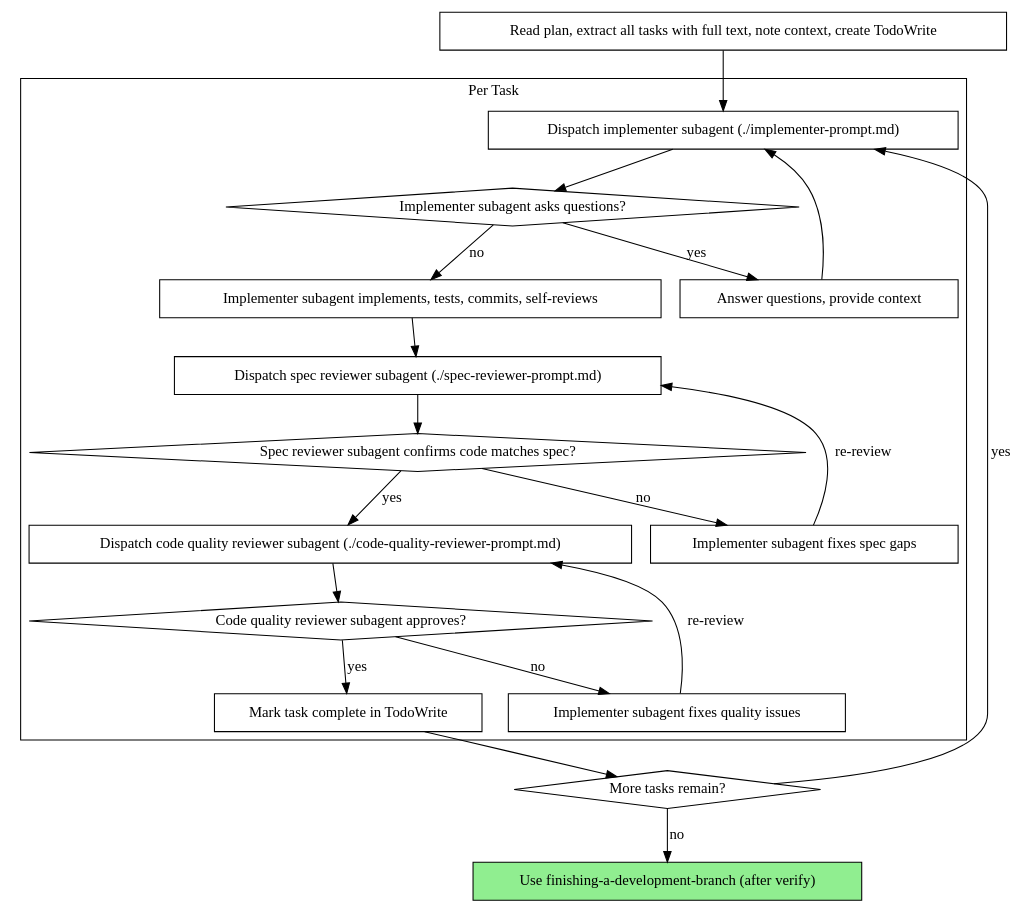
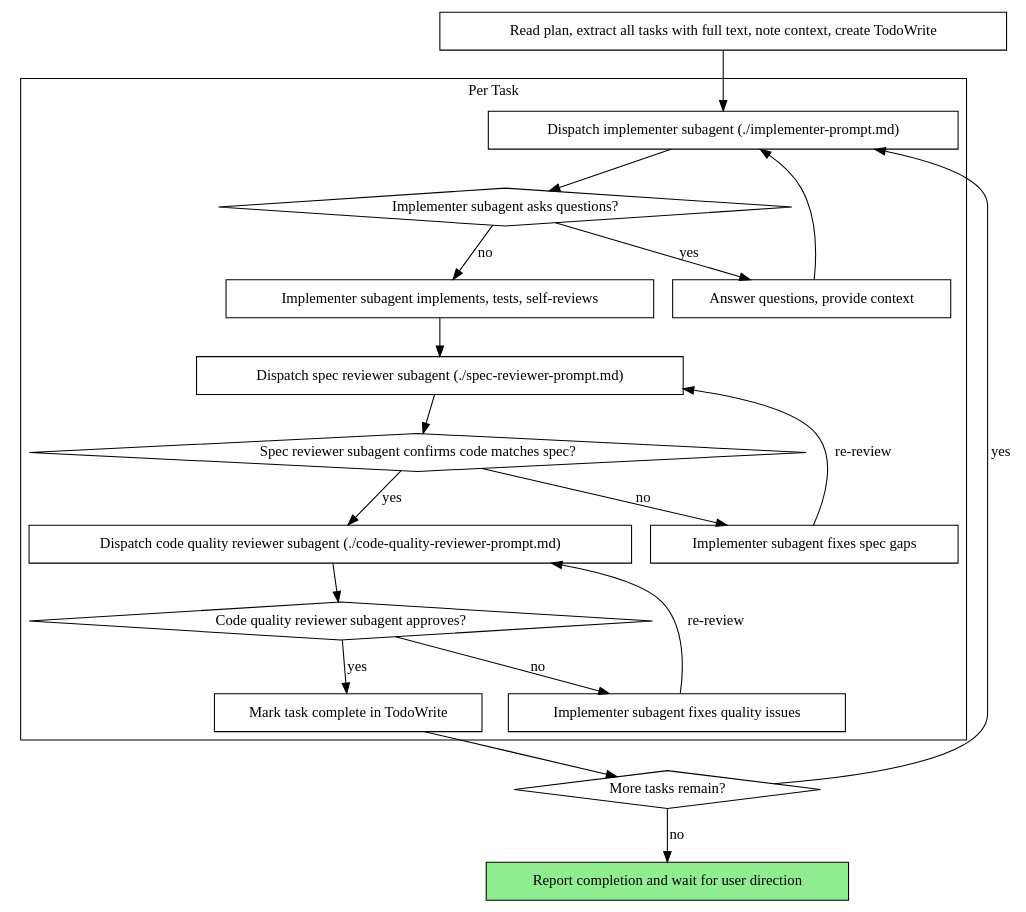
Before and after one commit to MerrillLi/openspec-superpowers: the second of 2 diagrams in skills/subagent-driven-development/SKILL.md, drawn with Graphviz. The commit also changed other lines of this file and 600 other files, not shown here.

````diff
--- a/skills/subagent-driven-development/SKILL.md
+++ b/skills/subagent-driven-development/SKILL.md
@@ -37,42 +37,42 @@
 ```dot
 digraph process {
     rankdir=TB;
 
     subgraph cluster_per_task {
         label="Per Task";
         "Dispatch implementer subagent (./implementer-prompt.md)" [shape=box];
         "Implementer subagent asks questions?" [shape=diamond];
         "Answer questions, provide context" [shape=box];
-        "Implementer subagent implements, tests, commits, self-reviews" [shape=box];
+        "Implementer subagent implements, tests, self-reviews" [shape=box];
         "Dispatch spec reviewer subagent (./spec-reviewer-prompt.md)" [shape=box];
         "Spec reviewer subagent confirms code matches spec?" [shape=diamond];
         "Implementer subagent fixes spec gaps" [shape=box];
         "Dispatch code quality reviewer subagent (./code-quality-reviewer-prompt.md)" [shape=box];
         "Code quality reviewer subagent approves?" [shape=diamond];
         "Implementer subagent fixes quality issues" [shape=box];
         "Mark task complete in TodoWrite" [shape=box];
     }
 
     "Read plan, extract all tasks with full text, note context, create TodoWrite" [shape=box];
     "More tasks remain?" [shape=diamond];
-    "Use finishing-a-development-branch (after verify)" [shape=box style=filled fillcolor=lightgreen];
+    "Report completion and wait for user direction" [shape=box style=filled fillcolor=lightgreen];
 
     "Read plan, extract all tasks with full text, note context, create TodoWrite" -> "Dispatch implementer subagent (./implementer-prompt.md)";
     "Dispatch implementer subagent (./implementer-prompt.md)" -> "Implementer subagent asks questions?";
     "Implementer subagent asks questions?" -> "Answer questions, provide context" [label="yes"];
     "Answer questions, provide context" -> "Dispatch implementer subagent (./implementer-prompt.md)";
-    "Implementer subagent asks questions?" -> "Implementer subagent implements, tests, commits, self-reviews" [label="no"];
-    "Implementer subagent implements, tests, commits, self-reviews" -> "Dispatch spec reviewer subagent (./spec-reviewer-prompt.md)";
+    "Implementer subagent asks questions?" -> "Implementer subagent implements, tests, self-reviews" [label="no"];
+    "Implementer subagent implements, tests, self-reviews" -> "Dispatch spec reviewer subagent (./spec-reviewer-prompt.md)";
     "Dispatch spec reviewer subagent (./spec-reviewer-prompt.md)" -> "Spec reviewer subagent confirms code matches spec?";
     "Spec reviewer subagent confirms code matches spec?" -> "Implementer subagent fixes spec gaps" [label="no"];
     "Implementer subagent fixes spec gaps" -> "Dispatch spec reviewer subagent (./spec-reviewer-prompt.md)" [label="re-review"];
     "Spec reviewer subagent confirms code matches spec?" -> "Dispatch code quality reviewer subagent (./code-quality-reviewer-prompt.md)" [label="yes"];
     "Dispatch code quality reviewer subagent (./code-quality-reviewer-prompt.md)" -> "Code quality reviewer subagent approves?";
     "Code quality reviewer subagent approves?" -> "Implementer subagent fixes quality issues" [label="no"];
     "Implementer subagent fixes quality issues" -> "Dispatch code quality reviewer subagent (./code-quality-reviewer-prompt.md)" [label="re-review"];
     "Code quality reviewer subagent approves?" -> "Mark task complete in TodoWrite" [label="yes"];
     "Mark task complete in TodoWrite" -> "More tasks remain?";
     "More tasks remain?" -> "Dispatch implementer subagent (./implementer-prompt.md)" [label="yes"];
-    "More tasks remain?" -> "Use finishing-a-development-branch (after verify)" [label="no"];
+    "More tasks remain?" -> "Report completion and wait for user direction" [label="no"];
 }
 ```
````
